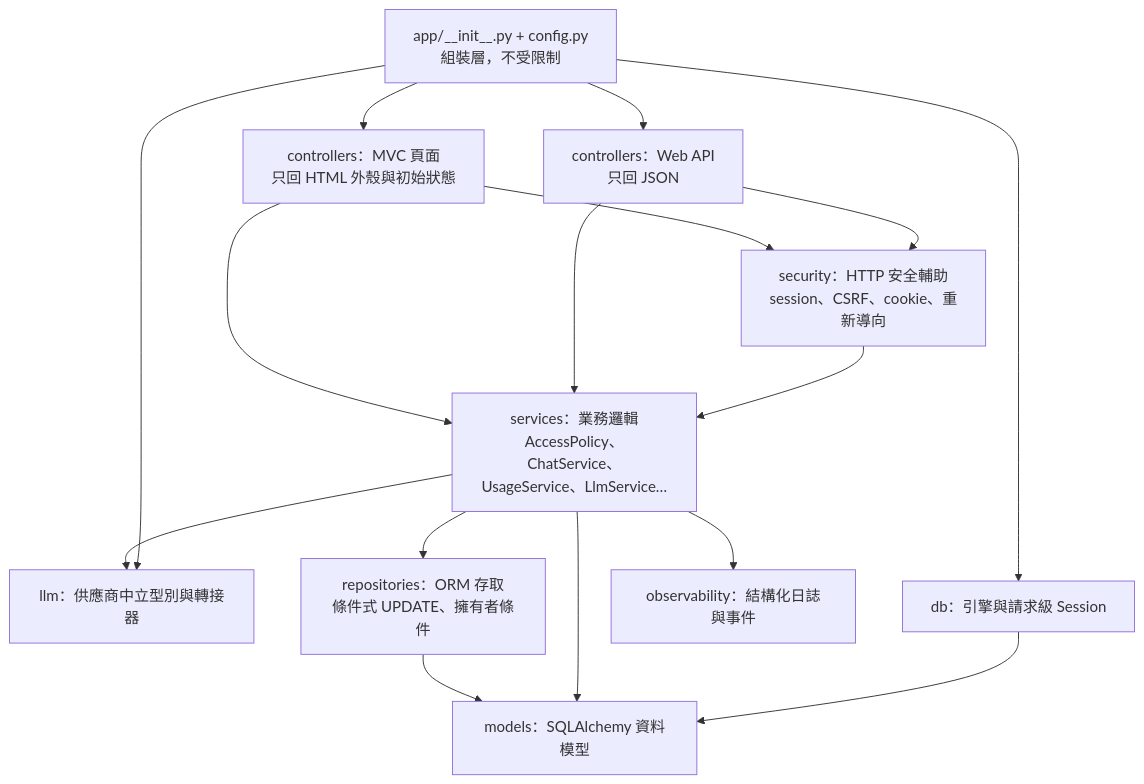
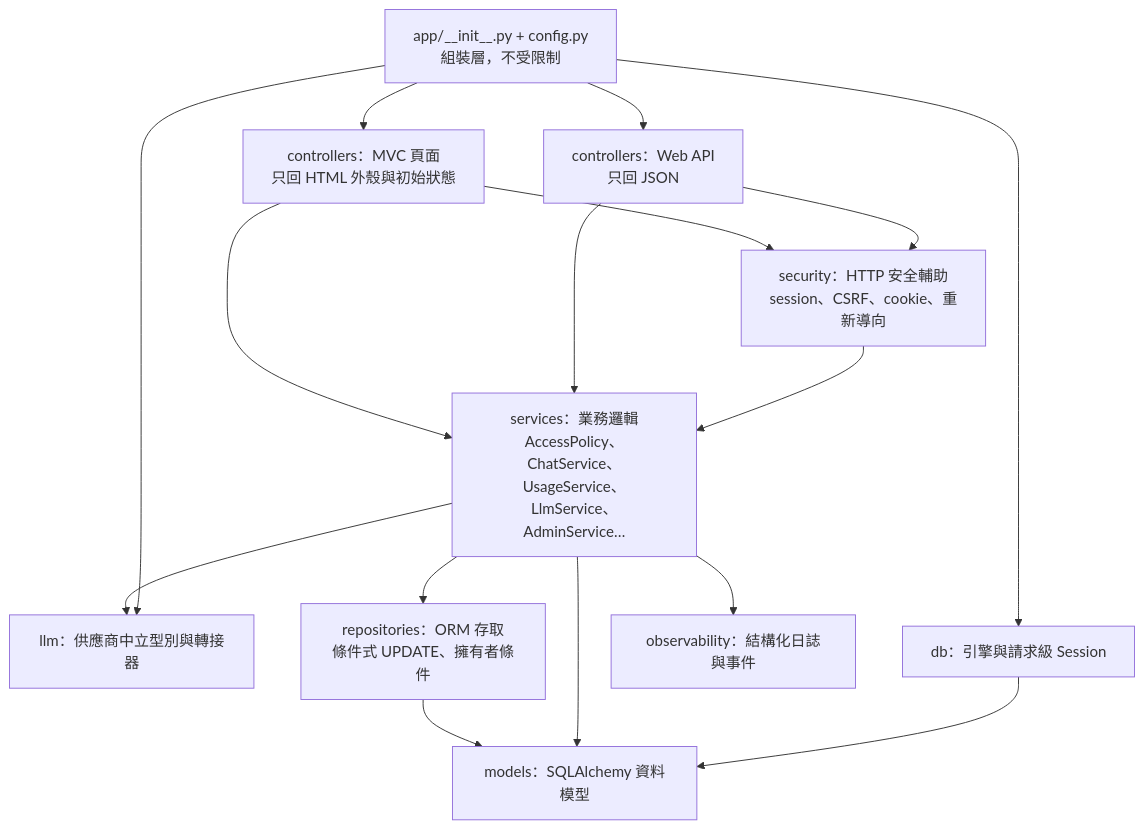
One commit to pp466pp466/R.A.C changed the second of 4 diagrams in docs/系統架構-architecture.md. Above: the diagram before and after it, drawn with Mermaid. The commit also changed other lines of this file and 54 other files, not shown here.

````diff
--- a/docs/系統架構-architecture.md
+++ b/docs/系統架構-architecture.md
@@ -38,29 +38,29 @@
 ```mermaid
 flowchart TD
     Pages["controllers：MVC 頁面<br/>只回 HTML 外殼與初始狀態"]
     Api["controllers：Web API<br/>只回 JSON"]
     Sec["security：HTTP 安全輔助<br/>session、CSRF、cookie、重新導向"]
-    Svc["services：業務邏輯<br/>AccessPolicy、ChatService、UsageService、LlmService…"]
+    Svc["services：業務邏輯<br/>AccessPolicy、ChatService、UsageService、LlmService、AdminService…"]
     Llm["llm：供應商中立型別與轉接器"]
     Repo["repositories：ORM 存取<br/>條件式 UPDATE、擁有者條件"]
     Model["models：SQLAlchemy 資料模型"]
     Db["db：引擎與請求級 Session"]
     Obs["observability：結構化日誌與事件"]
     Cfg["app/__init__.py + config.py<br/>組裝層，不受限制"]
 
     Pages --> Svc
     Api --> Svc
     Pages --> Sec
     Api --> Sec
     Sec --> Svc
     Svc --> Repo
     Svc --> Llm
     Svc --> Obs
     Repo --> Model
     Svc --> Model
     Db --> Model
     Cfg --> Pages
     Cfg --> Api
     Cfg --> Db
     Cfg --> Llm
 ```
````
